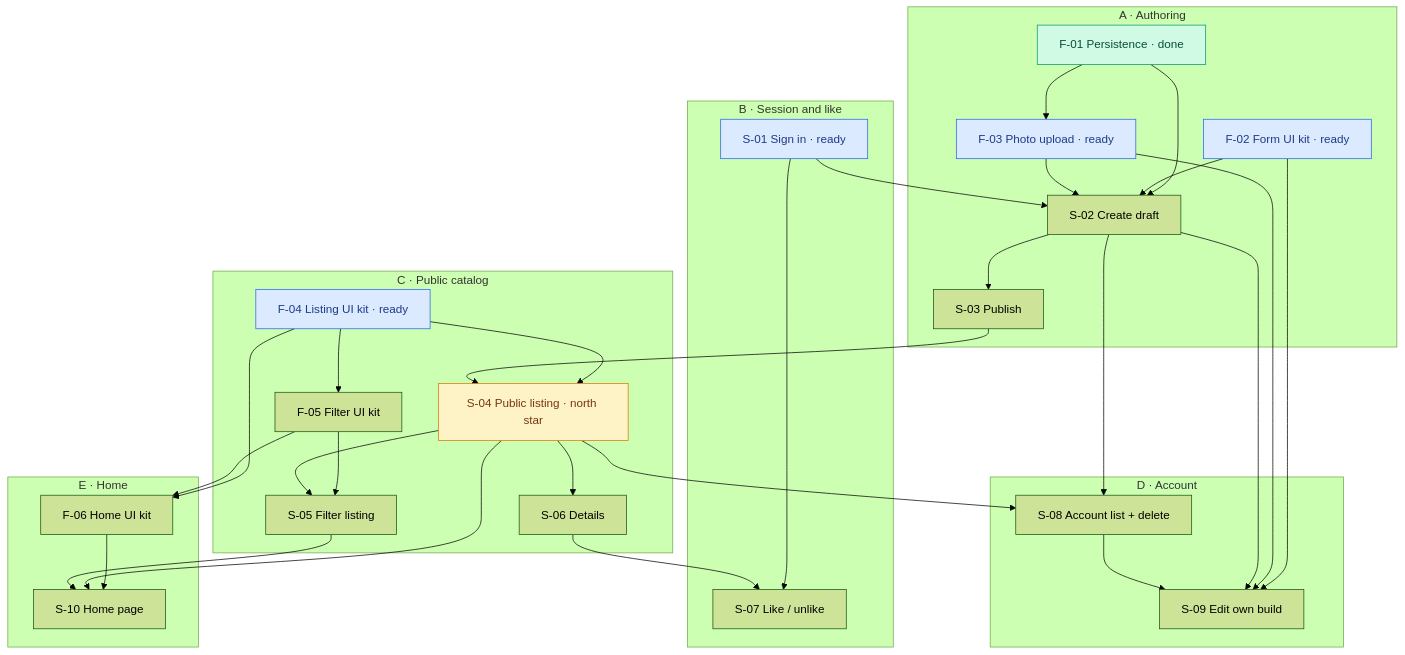
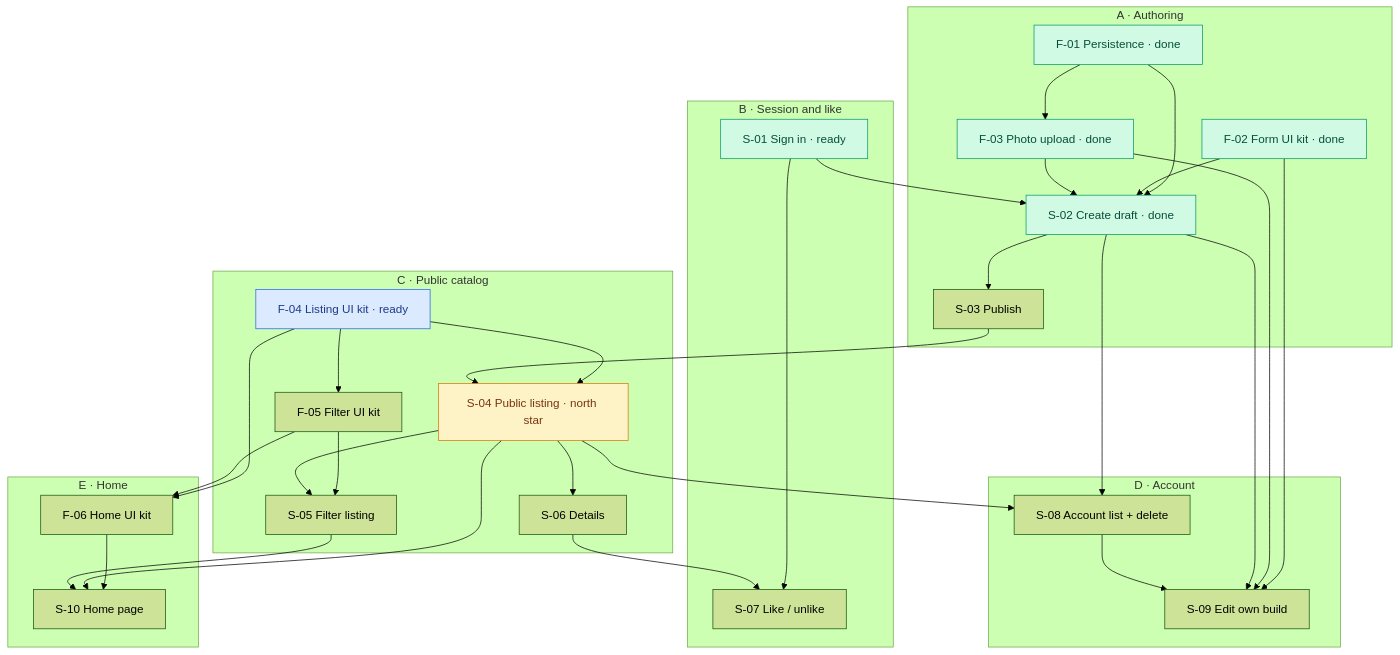
One commit to tofucode-dev/watch-bldrs changed the diagram in context/foundation/roadmap.md. Above: the diagram before and after it, drawn with Mermaid (forest theme).

Commit message:
docs(roadmap): mark F-02, F-03, and S-02 as done
Authoring slices landed with create-draft-build; keep the milestone map in sync.

````diff
--- a/context/foundation/roadmap.md
+++ b/context/foundation/roadmap.md
@@ -73,66 +73,66 @@
 ```mermaid
 flowchart TB
   subgraph A["A · Authoring"]
     F01["F-01 Persistence · done"]
-    F02["F-02 Form UI kit · ready"]
-    F03["F-03 Photo upload · ready"]
-    S02["S-02 Create draft"]
+    F02["F-02 Form UI kit · done"]
+    F03["F-03 Photo upload · done"]
+    S02["S-02 Create draft · done"]
     S03["S-03 Publish"]
   end
 
   subgraph B["B · Session and like"]
     S01["S-01 Sign in · ready"]
     S07["S-07 Like / unlike"]
   end
 
   subgraph C["C · Public catalog"]
     F04["F-04 Listing UI kit · ready"]
     S04["S-04 Public listing · north star"]
     F05["F-05 Filter UI kit"]
     S05["S-05 Filter listing"]
     S06["S-06 Details"]
   end
 
   subgraph D["D · Account"]
     S08["S-08 Account list + delete"]
     S09["S-09 Edit own build"]
   end
 
   subgraph E["E · Home"]
     F06["F-06 Home UI kit"]
     S10["S-10 Home page"]
   end
 
   F01 --> F03
   F01 --> S02
   F02 --> S02
   F03 --> S02
   S01 --> S02
   S02 --> S03
   F04 --> S04
   S03 --> S04
   F04 --> F05
   F05 --> S05
   S04 --> S05
   S04 --> S06
   S01 --> S07
   S06 --> S07
   S02 --> S08
   S04 --> S08
   F02 --> S09
   F03 --> S09
   S02 --> S09
   S08 --> S09
   F04 --> F06
   F05 --> F06
   F06 --> S10
   S04 --> S10
   S05 --> S10
 
   classDef done fill:#d1fae5,stroke:#059669,color:#064e3b
   classDef ready fill:#dbeafe,stroke:#2563eb,color:#1e3a8a
   classDef north fill:#fef3c7,stroke:#d97706,color:#78350f
-  class F01 done
-  class F02,F03,S01,F04 ready
+  class F01,F02,F03,S01,S02 done
+  class F04 ready
   class S04 north
 ```
````
